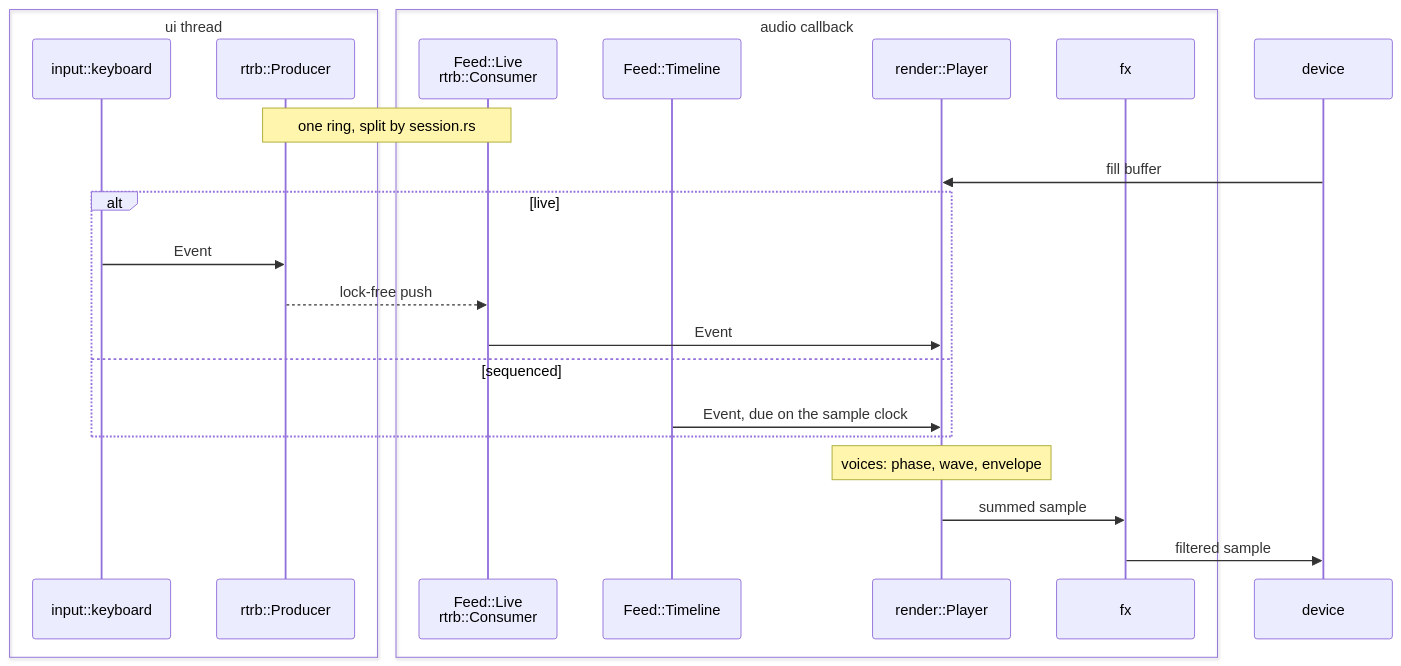
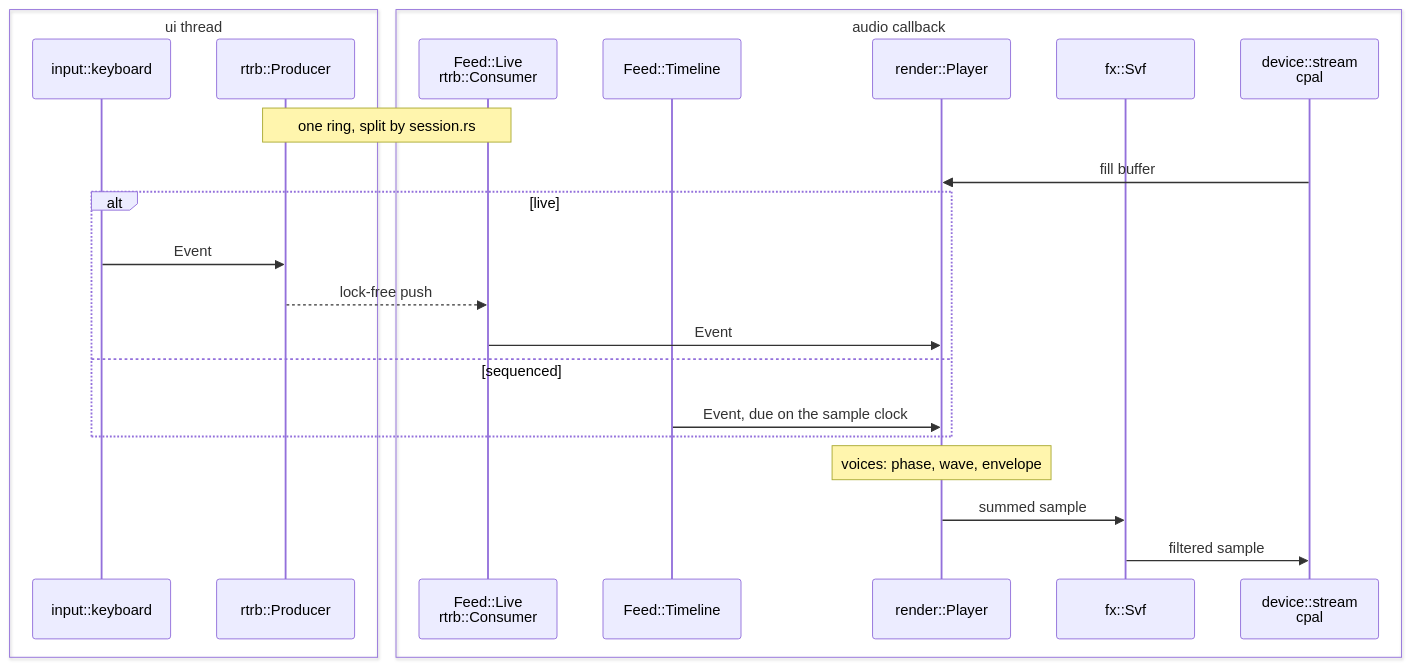
The diagram in src/audio/README.md (turkosaurus/synth), drawn with Mermaid before and after one commit.

Commit message:
docs: cpal callback inside the audio thread box; code names

````diff
--- a/src/audio/README.md
+++ b/src/audio/README.md
@@ -9,27 +9,27 @@
 ```mermaid
 sequenceDiagram
     box ui thread
         participant keyboard as input::keyboard
         participant tx as rtrb::Producer
     end
     box audio callback
         participant rx as Feed::Live<br/>rtrb::Consumer
         participant timeline as Feed::Timeline
         participant player as render::Player
-        participant fx
+        participant fx as fx::Svf
+        participant device as device::stream<br/>cpal
     end
-    participant device
 
     note over tx,rx: one ring, split by session.rs
     device->>player: fill buffer
     alt live
         keyboard->>tx: Event
         tx-->>rx: lock-free push
         rx->>player: Event
     else sequenced
         timeline->>player: Event, due on the sample clock
     end
     note over player: voices: phase, wave, envelope
     player->>fx: summed sample
     fx->>device: filtered sample
 ```
````
